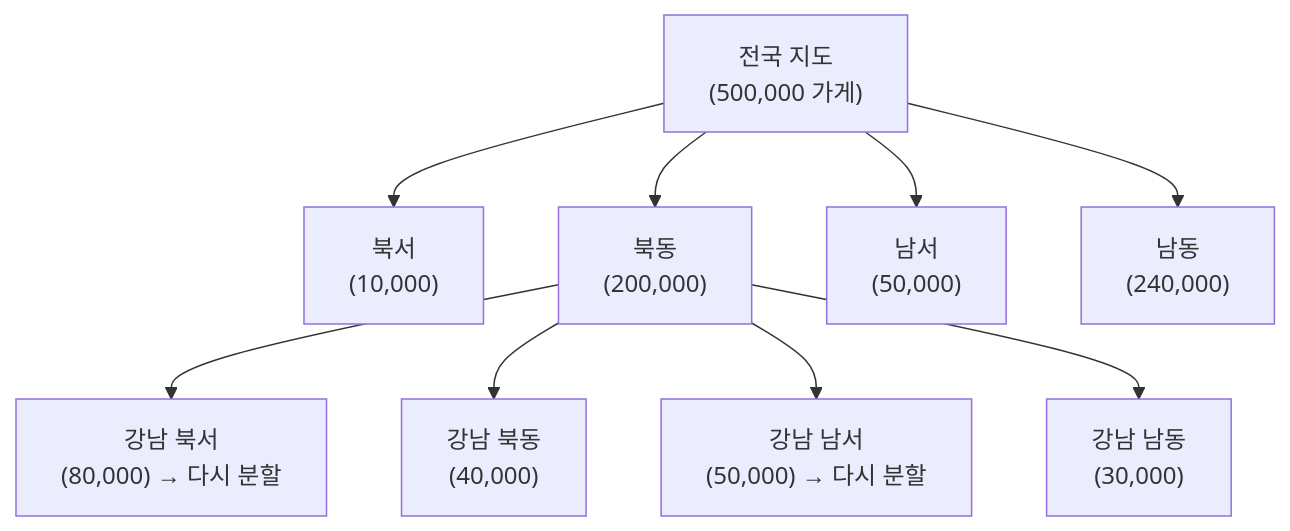
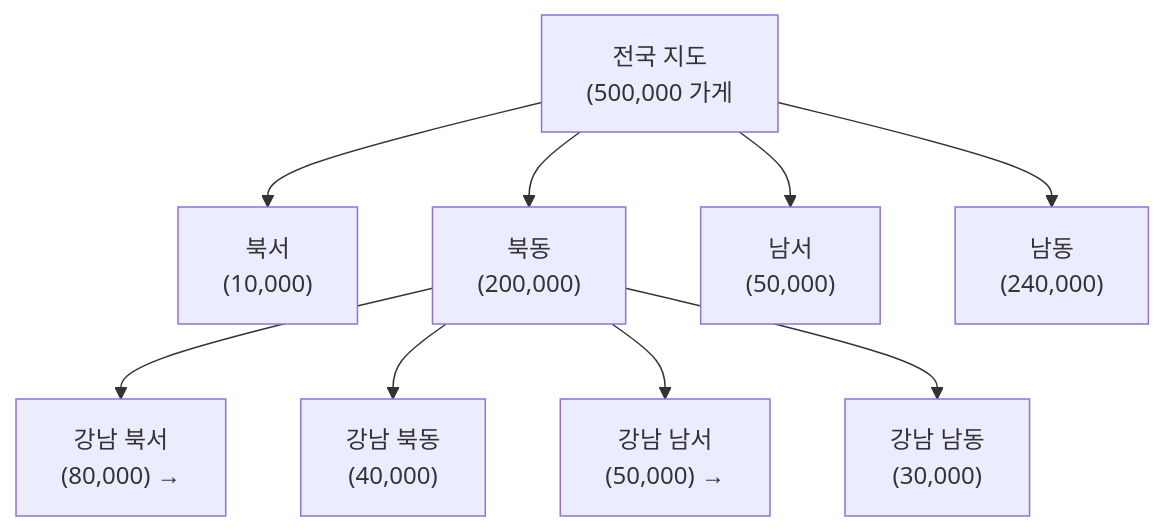
The third of 9 diagrams in _posts/systemdesign/2026-05-03-system-design-location.md (yjkim2015/yjkim2015.github.io), drawn with Mermaid before and after one commit. The commit also changed other lines of this file and 271 other files, not shown here.

First line of the commit message:
Mermaid 라벨 축소: 긴 노드 텍스트 18자 이하로 트림 + \n 제거

````diff
--- a/_posts/systemdesign/2026-05-03-system-design-location.md
+++ b/_posts/systemdesign/2026-05-03-system-design-location.md
@@ -199,12 +199,12 @@
 ```mermaid
 graph TD
-    Root["전국 지도\n(500,000 가게)"]
+    Root["전국 지도\n(500,000 가게"]
     Root --> NW["북서\n(10,000)"]
     Root --> NE["북동\n(200,000)"]
     Root --> SW["남서\n(50,000)"]
     Root --> SE["남동\n(240,000)"]
-    NE --> NE_NW["강남 북서\n(80,000) → 다시 분할"]
+    NE --> NE_NW["강남 북서\n(80,000) →"]
     NE --> NE_NE["강남 북동\n(40,000)"]
-    NE --> NE_SW["강남 남서\n(50,000) → 다시 분할"]
+    NE --> NE_SW["강남 남서\n(50,000) →"]
     NE --> NE_SE["강남 남동\n(30,000)"]
 ```
````
